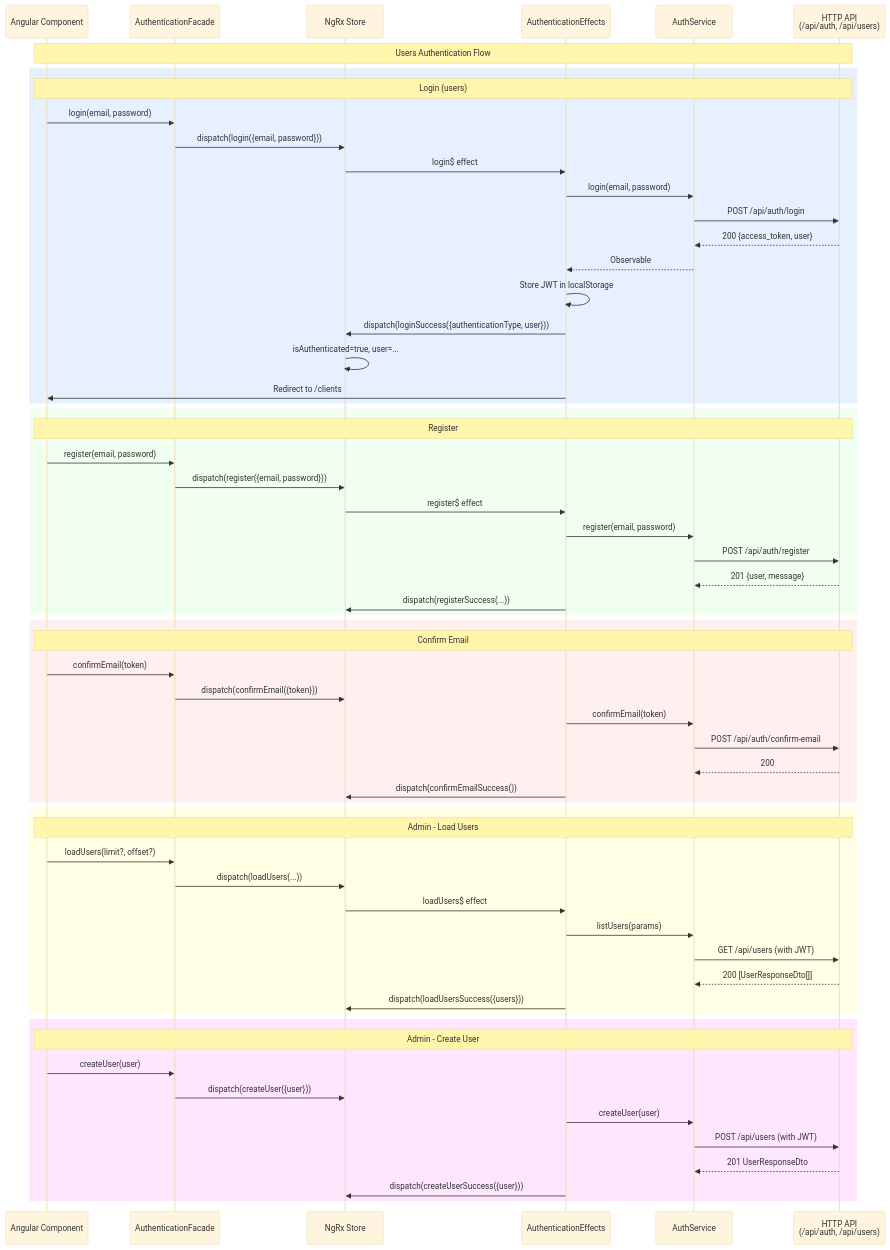
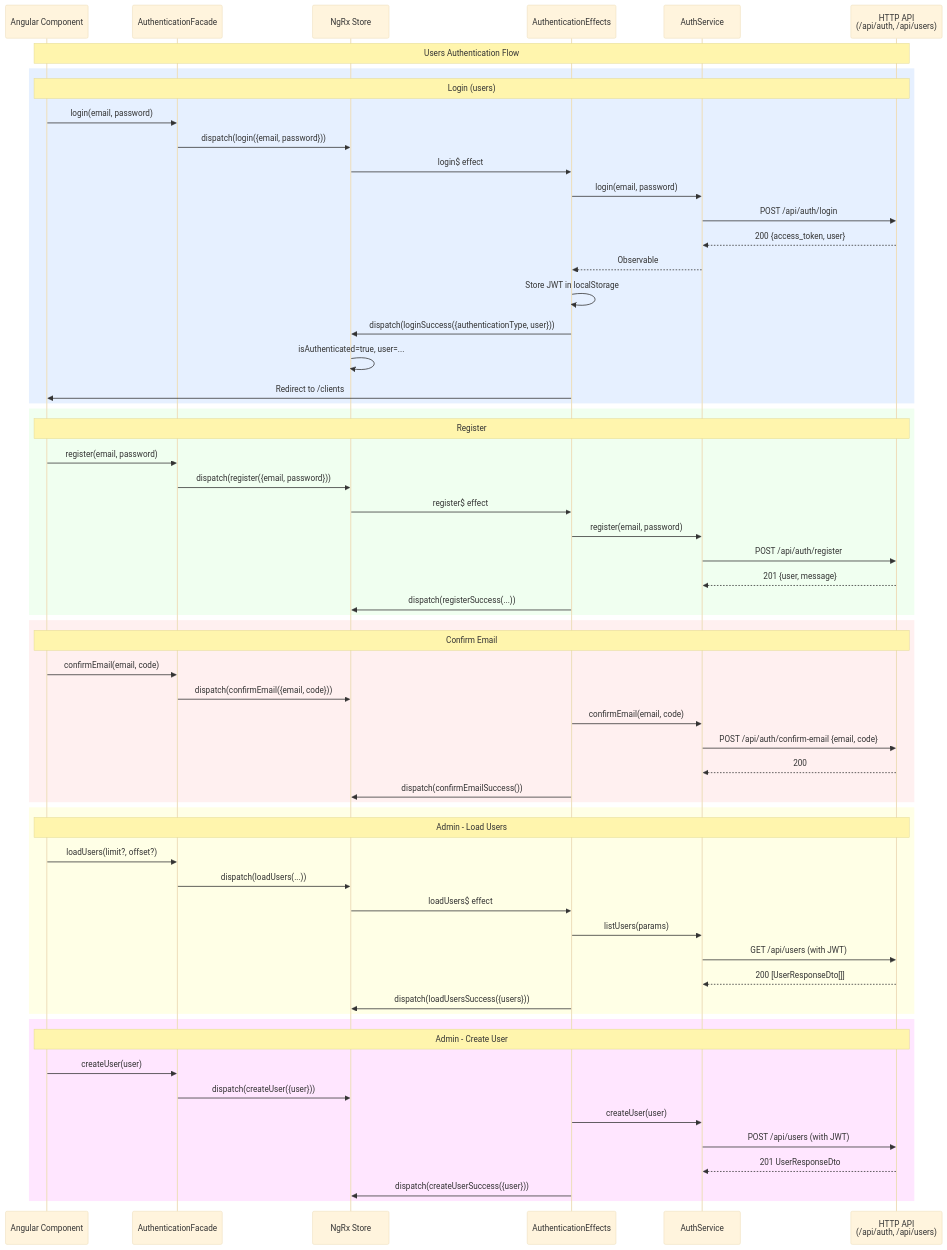
One commit to forepath/agenstra changed the diagram in libs/domains/framework/frontend/data-access-agent-console/docs/sequence-authentication.mmd. Above: the diagram before and after it, drawn with Mermaid (base theme). The commit also changed 25 other files, not shown here.

```diff
--- a/libs/domains/framework/frontend/data-access-agent-console/docs/sequence-authentication.mmd
+++ b/libs/domains/framework/frontend/data-access-agent-console/docs/sequence-authentication.mmd
@@ -1,66 +1,66 @@
 sequenceDiagram
     participant Component as Angular Component
     participant Facade as AuthenticationFacade
     participant Store as NgRx Store
     participant Effects as AuthenticationEffects
     participant Service as AuthService
     participant API as HTTP API<br/>(/api/auth, /api/users)
 
     Note over Component,API: Users Authentication Flow
 
     rect rgb(230, 240, 255)
         Note over Component,API: Login (users)
         Component->>Facade: login(email, password)
         Facade->>Store: dispatch(login({email, password}))
         Store->>Effects: login$ effect
         Effects->>Service: login(email, password)
         Service->>API: POST /api/auth/login
         API-->>Service: 200 {access_token, user}
         Service-->>Effects: Observable
         Effects->>Effects: Store JWT in localStorage
         Effects->>Store: dispatch(loginSuccess({authenticationType, user}))
         Store->>Store: isAuthenticated=true, user=...
         Effects->>Component: Redirect to /clients
     end
 
     rect rgb(240, 255, 240)
         Note over Component,API: Register
         Component->>Facade: register(email, password)
         Facade->>Store: dispatch(register({email, password}))
         Store->>Effects: register$ effect
         Effects->>Service: register(email, password)
         Service->>API: POST /api/auth/register
         API-->>Service: 201 {user, message}
         Effects->>Store: dispatch(registerSuccess(...))
     end
 
     rect rgb(255, 240, 240)
         Note over Component,API: Confirm Email
-        Component->>Facade: confirmEmail(token)
-        Facade->>Store: dispatch(confirmEmail({token}))
-        Effects->>Service: confirmEmail(token)
-        Service->>API: POST /api/auth/confirm-email
+        Component->>Facade: confirmEmail(email, code)
+        Facade->>Store: dispatch(confirmEmail({email, code}))
+        Effects->>Service: confirmEmail(email, code)
+        Service->>API: POST /api/auth/confirm-email {email, code}
         API-->>Service: 200
         Effects->>Store: dispatch(confirmEmailSuccess())
     end
 
     rect rgb(255, 255, 230)
         Note over Component,API: Admin - Load Users
         Component->>Facade: loadUsers(limit?, offset?)
         Facade->>Store: dispatch(loadUsers(...))
         Store->>Effects: loadUsers$ effect
         Effects->>Service: listUsers(params)
         Service->>API: GET /api/users (with JWT)
         API-->>Service: 200 [UserResponseDto[]]
         Effects->>Store: dispatch(loadUsersSuccess({users}))
     end
 
     rect rgb(255, 230, 255)
         Note over Component,API: Admin - Create User
         Component->>Facade: createUser(user)
         Facade->>Store: dispatch(createUser({user}))
         Effects->>Service: createUser(user)
         Service->>API: POST /api/users (with JWT)
         API-->>Service: 201 UserResponseDto
         Effects->>Store: dispatch(createUserSuccess({user}))
     end
```
